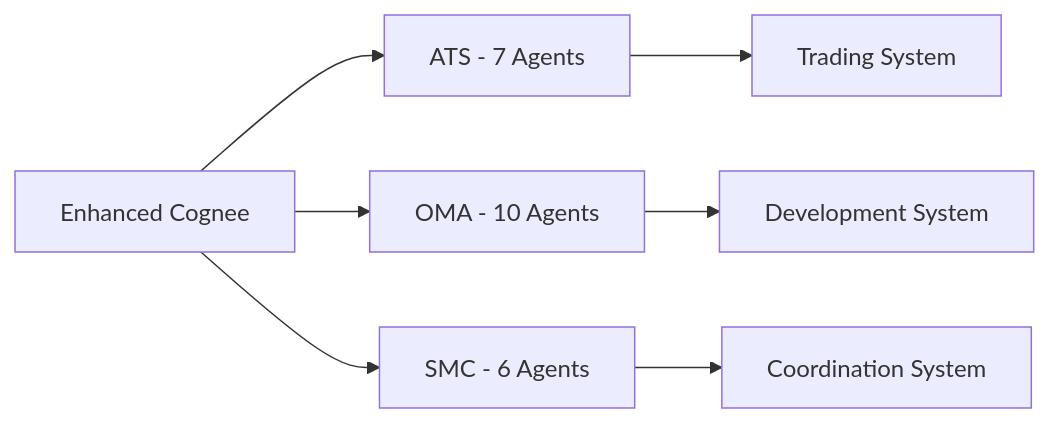
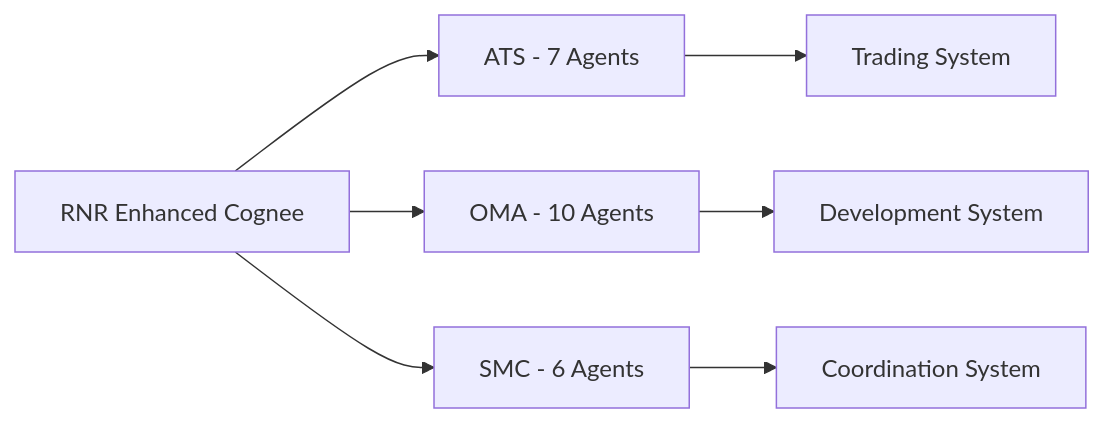
Before and after one commit to vincentspereira/Enhanced-Cognee: the second of 2 diagrams in docs/architecture/IMPLEMENTATION_GUIDE.md, drawn with Mermaid. The commit also changed other lines of this file and 464 other files, not shown here.

First line of the commit message:
chore(rename): rebrand references to RNR Enhanced Cognee

````diff
--- a/docs/architecture/IMPLEMENTATION_GUIDE.md
+++ b/docs/architecture/IMPLEMENTATION_GUIDE.md
@@ -44,10 +44,10 @@
 ```mermaid
 graph LR
-    A[Enhanced Cognee] --> B[ATS - 7 Agents]
+    A[RNR Enhanced Cognee] --> B[ATS - 7 Agents]
     A --> C[OMA - 10 Agents]
     A --> D[SMC - 6 Agents]
 
     B --> E[Trading System]
     C --> F[Development System]
     D --> G[Coordination System]
 ```
````
